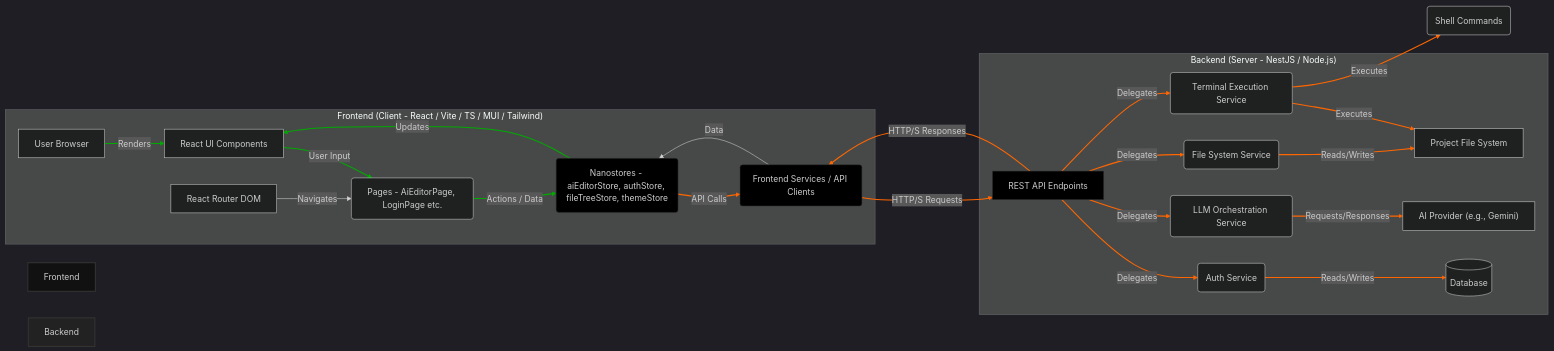
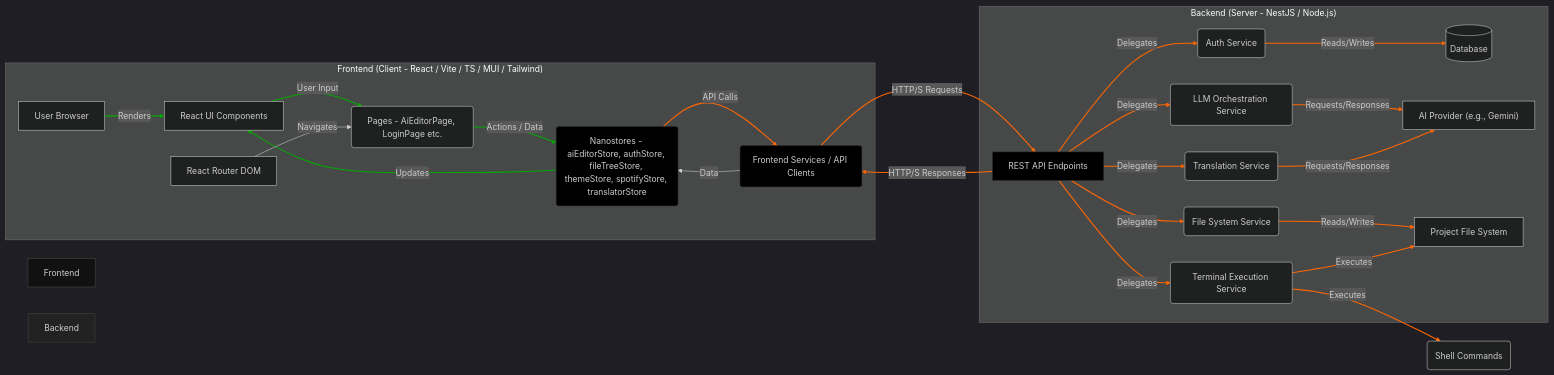
One commit to evillan0315/ai-editor-front changed the diagram in docs/ARCHITECTURE.md. Above: the diagram before and after it, drawn with Mermaid. The commit also changed other lines of this file and 38 other files, not shown here.

````diff
--- a/docs/ARCHITECTURE.md
+++ b/docs/ARCHITECTURE.md
@@ -7,64 +9,69 @@
 ```mermaid
 %%{init: {'theme': 'dark'}}%%
 graph LR
     subgraph "Frontend (Client - React / Vite / TS / MUI / Tailwind)"
         Browser[User Browser]
         UI[React UI Components]
         Pages(Pages - AiEditorPage, LoginPage etc.)
-        State(Nanostores - aiEditorStore, authStore, fileTreeStore, themeStore)
+        State(Nanostores - aiEditorStore, authStore, fileTreeStore, themeStore, spotifyStore, translatorStore)
         Services(Frontend Services / API Clients)
         Router[React Router DOM]
     end
 
     subgraph "Backend (Server - NestJS / Node.js)"
         API[REST API Endpoints]
         Auth(Auth Service)
         LLM(LLM Orchestration Service)
         File(File System Service)
         Terminal(Terminal Execution Service)
+        Translation(Translation Service)
         DB[(Database)]
         AI_Provider[AI Provider &lpar;e.g., Gemini&rpar;]
         FS[Project File System]
     end
 
     Browser -- Renders --> UI
     UI -- User Input --> Pages
     Pages -- Actions / Data --> State
     State -- Updates --> UI
     State -- API Calls --> Services
     Services -- HTTP/S Requests --> API
     API -- Delegates --> Auth
     API -- Delegates --> LLM
     API -- Delegates --> File
     API -- Delegates --> Terminal
+    API -- Delegates --> Translation
     Auth -- Reads/Writes --> DB
     LLM -- Requests/Responses --> AI_Provider
+    Translation -- Requests/Responses --> AI_Provider
     File -- Reads/Writes --> FS
     Terminal -- Executes --> FS
     Terminal -- Executes --> Shell(Shell Commands)
     API -- HTTP/S Responses --> Services
     Services -- Data --> State
     Router -- Navigates --> Pages
 
     style Frontend fill:#111,stroke:#333,stroke-width:2px
     style Backend fill:#222,stroke:#333,stroke-width:2px
     style State fill:#000,stroke:#333,stroke-width:1px
     style Services fill:#000,stroke:#333,stroke-width:1px
     style API fill:#000,stroke:#333,stroke-width:1px
     linkStyle 0 stroke:#0a0,stroke-width:2px;
     linkStyle 1 stroke:#0a0,stroke-width:2px;
     linkStyle 2 stroke:#0a0,stroke-width:2px;
     linkStyle 3 stroke:#0a0,stroke-width:2px;
     linkStyle 4 stroke:#f60,stroke-width:2px;
     linkStyle 5 stroke:#f60,stroke-width:2px;
     linkStyle 6 stroke:#f60,stroke-width:2px;
     linkStyle 7 stroke:#f60,stroke-width:2px;
     linkStyle 8 stroke:#f60,stroke-width:2px;
     linkStyle 9 stroke:#f60,stroke-width:2px;
     linkStyle 10 stroke:#f60,stroke-width:2px;
     linkStyle 11 stroke:#f60,stroke-width:2px;
     linkStyle 12 stroke:#f60,stroke-width:2px;
     linkStyle 13 stroke:#f60,stroke-width:2px;
     linkStyle 14 stroke:#f60,stroke-width:2px;
     linkStyle 15 stroke:#f60,stroke-width:2px;
+    linkStyle 16 stroke:#f60,stroke-width:2px;
+    linkStyle 17 stroke:#f60,stroke-width:2px;
 ```
````
